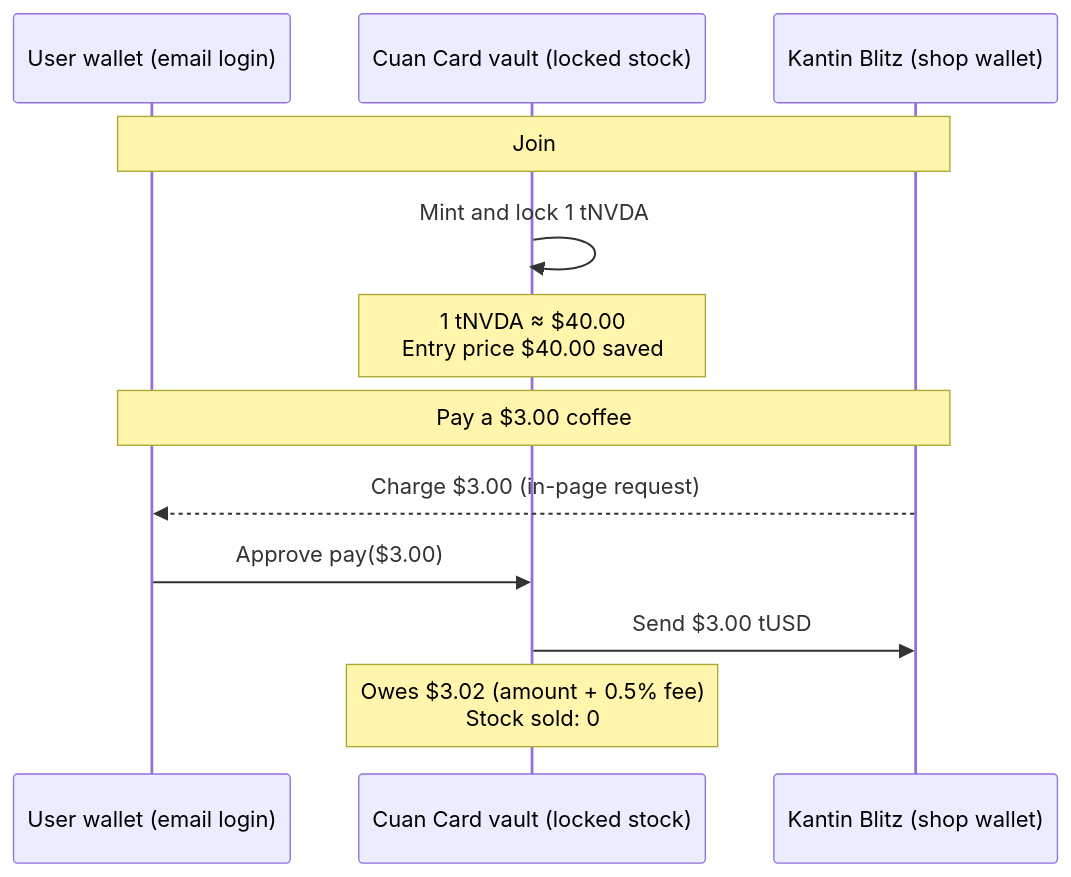
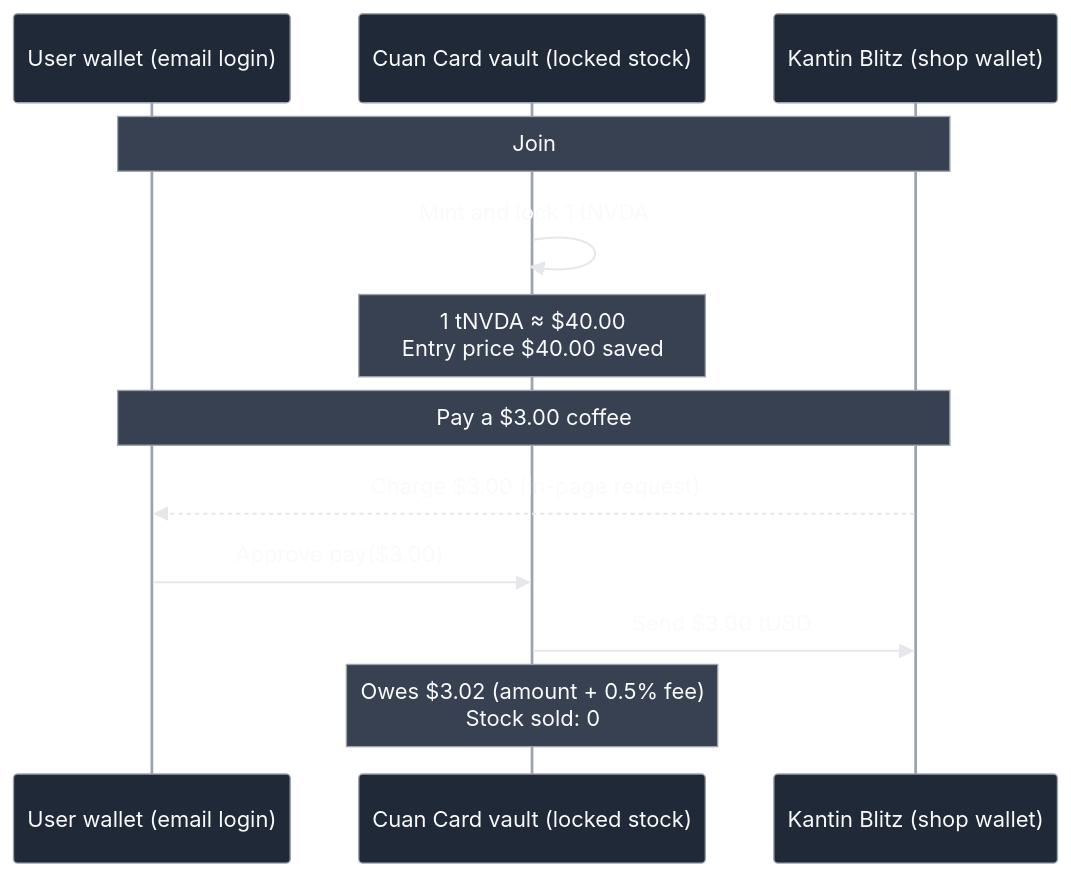
The first of 2 diagrams in README.md (CuanLater/CuanLater), drawn with Mermaid before and after one commit. The commit also changed other lines of this file, not shown here.

````diff
--- a/README.md
+++ b/README.md
@@ -28,16 +30,17 @@
 ```mermaid
+%%{init: {'theme': 'base', 'themeVariables': {'background': '#0d1117', 'primaryColor': '#1f2937', 'primaryTextColor': '#f9fafb', 'primaryBorderColor': '#9ca3af', 'lineColor': '#cbd5e1', 'secondaryColor': '#374151', 'tertiaryColor': '#111827', 'mainBkg': '#1f2937', 'textColor': '#f9fafb', 'actorBkg': '#1f2937', 'actorTextColor': '#f9fafb', 'actorBorder': '#9ca3af', 'actorLineColor': '#9ca3af', 'signalColor': '#e5e7eb', 'signalTextColor': '#f9fafb', 'labelBoxBkgColor': '#1f2937', 'labelBoxBorderColor': '#9ca3af', 'labelTextColor': '#f9fafb', 'loopTextColor': '#f9fafb', 'noteBkgColor': '#374151', 'noteTextColor': '#f9fafb', 'noteBorderColor': '#9ca3af'}}}%%
 sequenceDiagram
     participant U as User wallet (email login)
     participant V as Cuan Card vault (locked stock)
     participant S as Kantin Blitz (shop wallet)
 
     Note over U,S: Join
     V->>V: Mint and lock 1 tNVDA
     Note over V: 1 tNVDA ≈ $40.00<br/>Entry price $40.00 saved
 
     Note over U,S: Pay a $3.00 coffee
     S-->>U: Charge $3.00 (in-page request)
     U->>V: Approve pay($3.00)
     V->>S: Send $3.00 tUSD
     Note over V: Owes $3.02 (amount + 0.5% fee)<br/>Stock sold: 0
 ```
````
